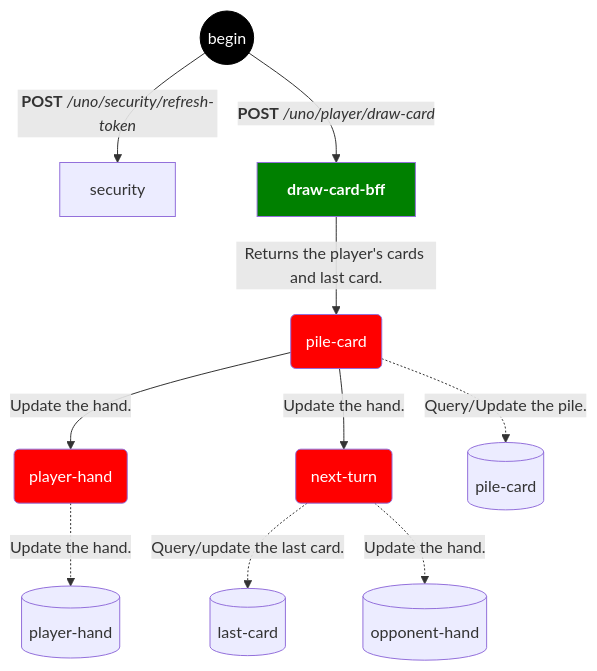
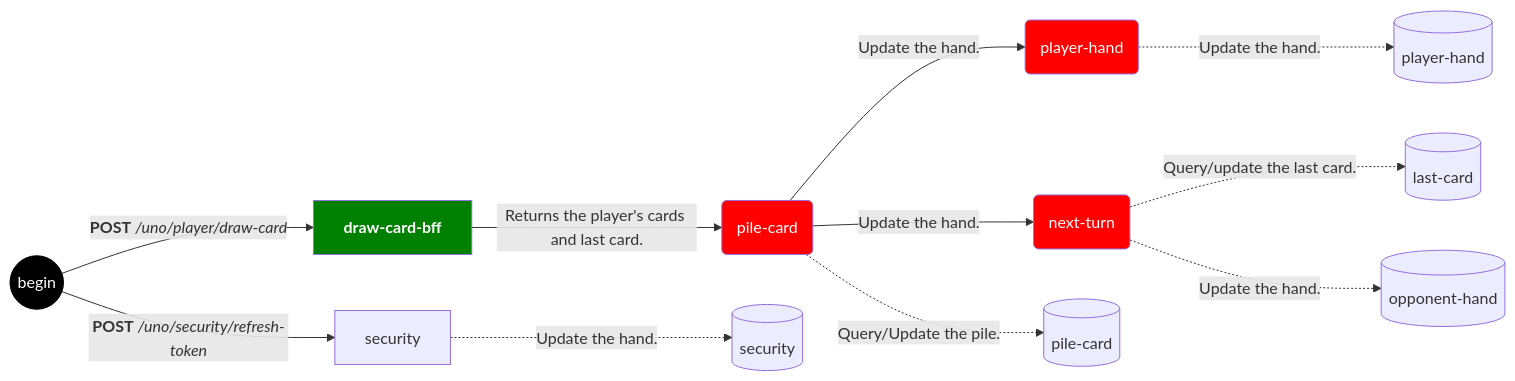
The first of 3 diagrams in README.md (olbiwan/uno), drawn with Mermaid before and after one commit. The commit also changed other lines of this file, not shown here.

````diff
--- a/README.md
+++ b/README.md
@@ -25,16 +23,17 @@
 ```mermaid
-flowchart TD
+flowchart LR
     U((begin)) -->|<b>POST</b> <i>/uno/security/refresh-token</i>| S[security]
     U -->|<b>POST</b> <i>/uno/player/draw-card</i>| DCB[<b>draw-card-bff</b>]
     DCB -->|Returns the player's cards and last card.| SPC(pile-card)
-    SNT(next-turn) -.->|Query/update the last card.| HLC[(last-card)]
+    SNT(next-turn) -.->|Query/update the last card.| DLC[(last-card)]
     SPC -->|Update the hand.| SPH(player-hand)
     SPC -->|Update the hand.| SNT
-    SNT -.->|Update the hand.| HOH[(opponent-hand)]
-    SPC -.->|Query/Update the pile.| HPC[(pile-card)]
-    SPH -.->|Update the hand.| HPH[(player-hand)]
+    SNT -.->|Update the hand.| DOH[(opponent-hand)]
+    SPC -.->|Query/Update the pile.| DPC[(pile-card)]
+    SPH -.->|Update the hand.| DPH[(player-hand)]
+    S -.->|Update the hand.| DS[(security)]
     style DCB color:#fff,fill:green;
     style U color:#fff,fill:#000,stroke:#000;
     classDef second color:#fff,fill:red;
     class SNT,SPC,SPH second;
 ```
````
